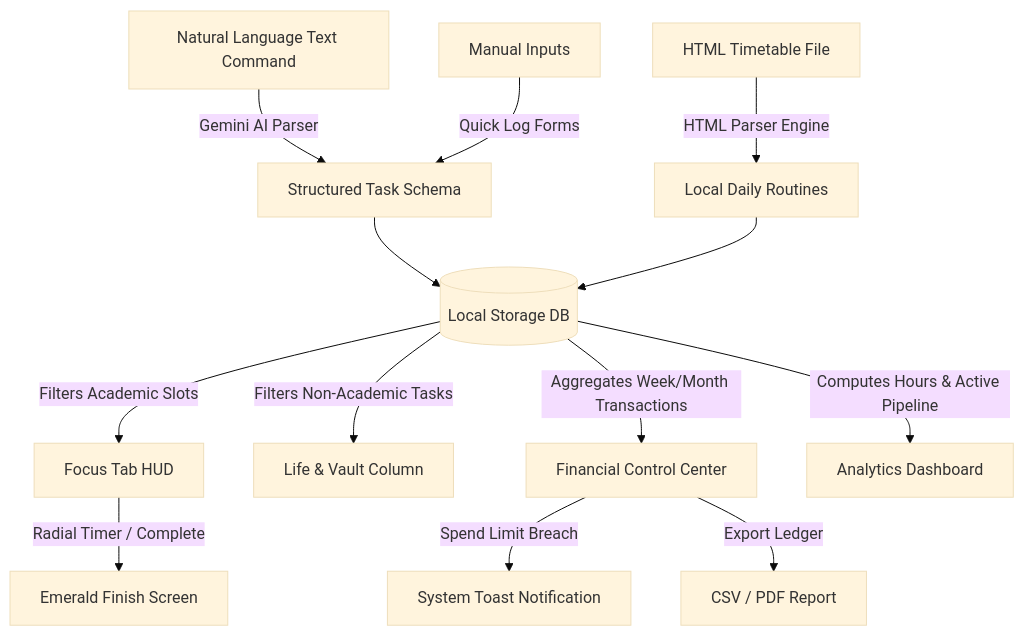
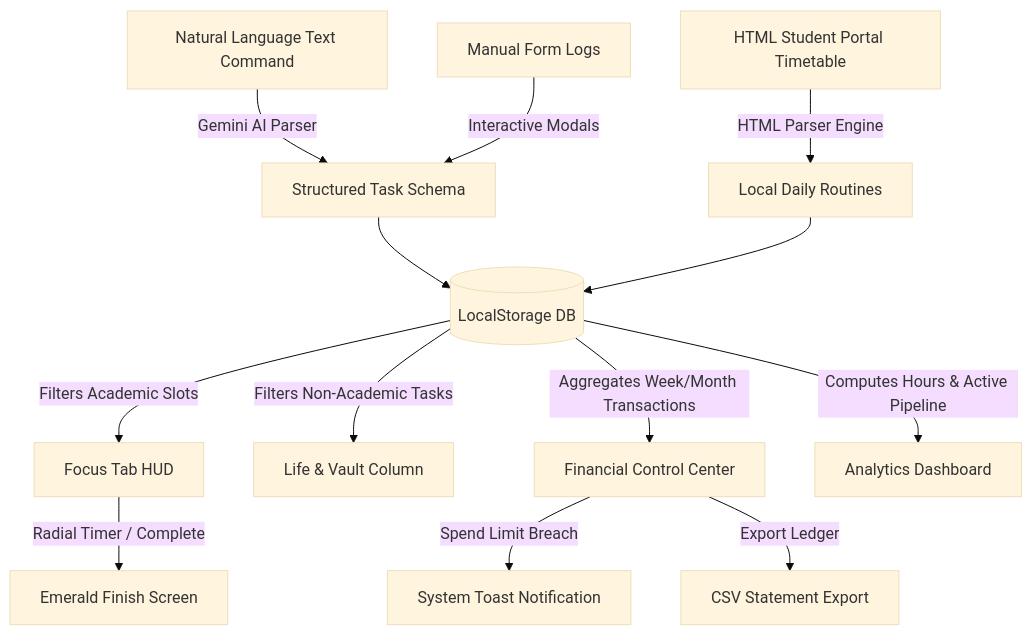
The diagram in README.md (Prayanshuchourasia-01/DueVault-AI), drawn with Mermaid (base theme) before and after one commit. The commit also changed other lines of this file and 12 other files, not shown here.

Commit message:
docs: complete README.md with system architecture and dark/light mode screenshot previews

````diff
--- a/README.md
+++ b/README.md
@@ -15,22 +14,22 @@
 ```mermaid
 flowchart TD
     %% Inputs
     Input1[Natural Language Text Command] --> |Gemini AI Parser| Schema[Structured Task Schema]
-    Input2[HTML Timetable File] --> |HTML Parser Engine| Routines[Local Daily Routines]
-    Input3[Manual Inputs] --> |Quick Log Forms| Schema
+    Input2[HTML Student Portal Timetable] --> |HTML Parser Engine| Routines[Local Daily Routines]
+    Input3[Manual Form Logs] --> |Interactive Modals| Schema
 
     %% Processing & Storage
-    Schema --> LS[(Local Storage DB)]
+    Schema --> LS[(LocalStorage DB)]
     Routines --> LS
     
     %% Views / HUD Modules
     LS --> |Filters Academic Slots| HUD[Focus Tab HUD]
     LS --> |Filters Non-Academic Tasks| Vault[Life & Vault Column]
     LS --> |Aggregates Week/Month Transactions| Finance[Financial Control Center]
     LS --> |Computes Hours & Active Pipeline| Dash[Analytics Dashboard]
 
-    %% Interactions
+    %% Interactions & Controls
     HUD --> |Radial Timer / Complete| Success[Emerald Finish Screen]
     Finance --> |Spend Limit Breach| Push[System Toast Notification]
-    Finance --> |Export Ledger| CSV[CSV / PDF Report]
+    Finance --> |Export Ledger| CSV[CSV Statement Export]
 ```
````
